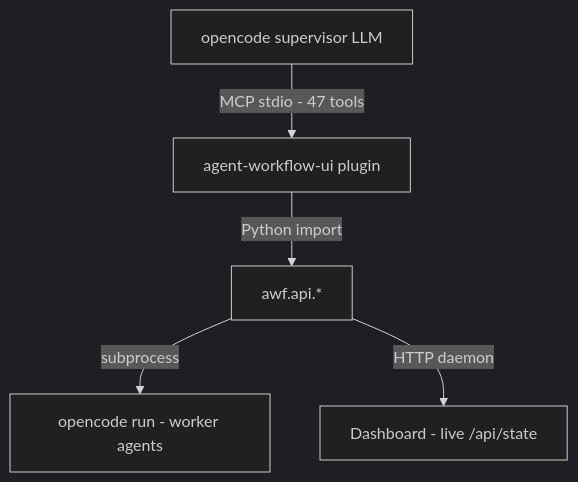
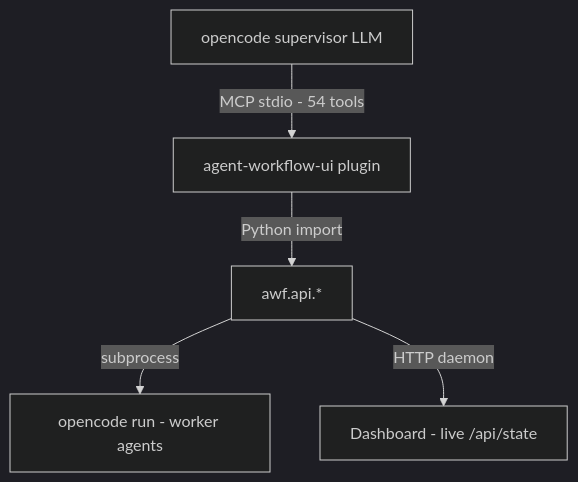
Before and after one commit to EnerJizeIT/agentic-workflow: the diagram in docs/design.md, drawn with Mermaid (dark theme). The commit also changed other lines of this file and 28 other files, not shown here.

````diff
--- a/docs/design.md
+++ b/docs/design.md
@@ -9,7 +9,7 @@
 ```mermaid
 graph TD
-    A[opencode supervisor LLM] -->|MCP stdio - 47 tools| B[agent-workflow-ui plugin]
+    A[opencode supervisor LLM] -->|MCP stdio - 54 tools| B[agent-workflow-ui plugin]
     B -->|Python import| C[awf.api.*]
     C -->|subprocess| D[opencode run - worker agents]
     C -->|HTTP daemon| E[Dashboard - live /api/state]
 ```
````
